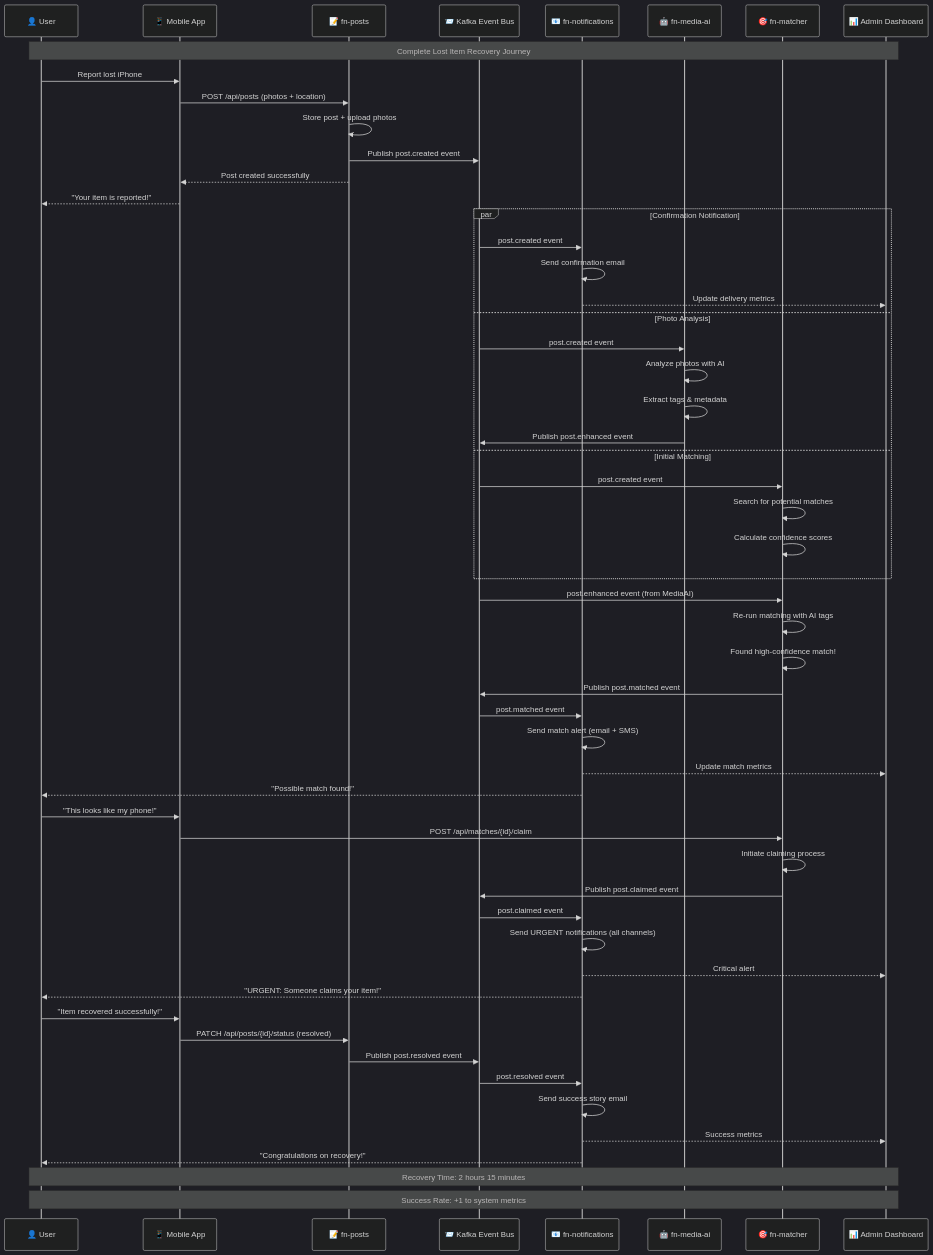
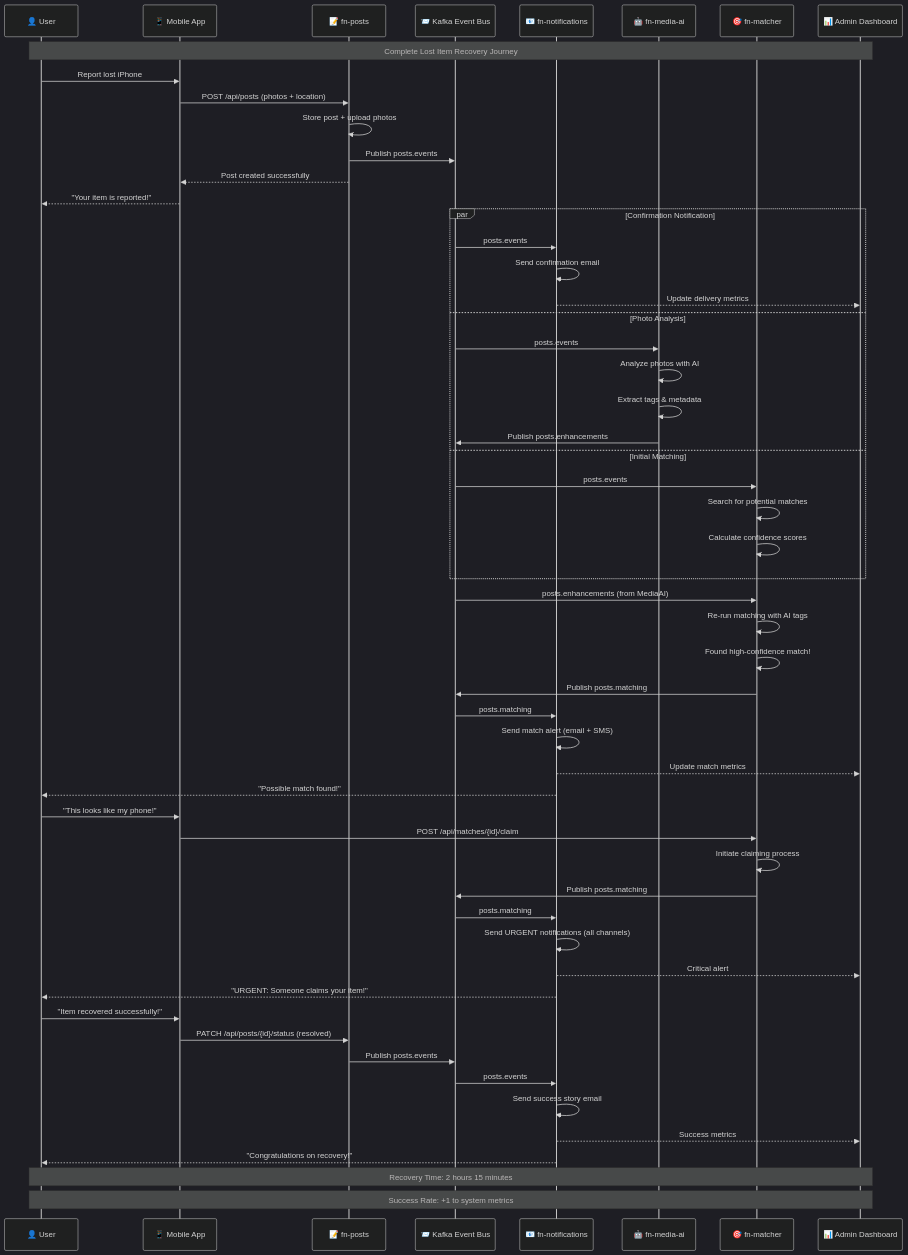
Before and after one commit to findly-now/fn-docs: the second of 12 diagrams in DOMAIN-INTERACTIONS.md, drawn with Mermaid (dark theme). The commit also changed other lines of this file and 10 other files, not shown here.

````diff
--- a/DOMAIN-INTERACTIONS.md
+++ b/DOMAIN-INTERACTIONS.md
@@ -112,75 +109,75 @@
 ```mermaid
 sequenceDiagram
     participant User as 👤 User
     participant Mobile as 📱 Mobile App
     participant Posts as 📝 fn-posts
     participant Kafka as 📨 Kafka Event Bus
     participant Notifications as 📧 fn-notifications
     participant MediaAI as 🤖 fn-media-ai
     participant Matcher as 🎯 fn-matcher
     participant Dashboard as 📊 Admin Dashboard
 
     Note over User, Dashboard: Complete Lost Item Recovery Journey
 
     %% Item Reporting Phase
     User->>Mobile: Report lost iPhone
     Mobile->>Posts: POST /api/posts (photos + location)
     Posts->>Posts: Store post + upload photos
-    Posts->>Kafka: Publish post.created event
+    Posts->>Kafka: Publish posts.events
     Posts-->>Mobile: Post created successfully
     Mobile-->>User: "Your item is reported!"
 
     %% Immediate Processing
     par Confirmation Notification
-        Kafka->>Notifications: post.created event
+        Kafka->>Notifications: posts.events
         Notifications->>Notifications: Send confirmation email
         Notifications-->>Dashboard: Update delivery metrics
     and Photo Analysis
-        Kafka->>MediaAI: post.created event
+        Kafka->>MediaAI: posts.events
         MediaAI->>MediaAI: Analyze photos with AI
         MediaAI->>MediaAI: Extract tags & metadata
-        MediaAI->>Kafka: Publish post.enhanced event
+        MediaAI->>Kafka: Publish posts.enhancements
     and Initial Matching
-        Kafka->>Matcher: post.created event
+        Kafka->>Matcher: posts.events
         Matcher->>Matcher: Search for potential matches
         Matcher->>Matcher: Calculate confidence scores
     end
 
     %% Enhanced Matching
-    Kafka->>Matcher: post.enhanced event (from MediaAI)
+    Kafka->>Matcher: posts.enhancements (from MediaAI)
     Matcher->>Matcher: Re-run matching with AI tags
     Matcher->>Matcher: Found high-confidence match!
-    Matcher->>Kafka: Publish post.matched event
+    Matcher->>Kafka: Publish posts.matching
 
     %% Match Notification
-    Kafka->>Notifications: post.matched event
+    Kafka->>Notifications: posts.matching
     Notifications->>Notifications: Send match alert (email + SMS)
     Notifications-->>Dashboard: Update match metrics
     Notifications-->>User: "Possible match found!"
 
     %% Claiming Process
     User->>Mobile: "This looks like my phone!"
     Mobile->>Matcher: POST /api/matches/{id}/claim
     Matcher->>Matcher: Initiate claiming process
-    Matcher->>Kafka: Publish post.claimed event
+    Matcher->>Kafka: Publish posts.matching
 
     %% Urgent Claim Notification
-    Kafka->>Notifications: post.claimed event
+    Kafka->>Notifications: posts.matching
     Notifications->>Notifications: Send URGENT notifications (all channels)
     Notifications-->>Dashboard: Critical alert
     Notifications-->>User: "URGENT: Someone claims your item!"
 
     %% Successful Recovery
     User->>Mobile: "Item recovered successfully!"
     Mobile->>Posts: PATCH /api/posts/{id}/status (resolved)
-    Posts->>Kafka: Publish post.resolved event
+    Posts->>Kafka: Publish posts.events
 
     %% Success Story
-    Kafka->>Notifications: post.resolved event
+    Kafka->>Notifications: posts.events
     Notifications->>Notifications: Send success story email
     Notifications-->>Dashboard: Success metrics
     Notifications-->>User: "Congratulations on recovery!"
 
     Note over User, Dashboard: Recovery Time: 2 hours 15 minutes
     Note over User, Dashboard: Success Rate: +1 to system metrics
 ```
````
